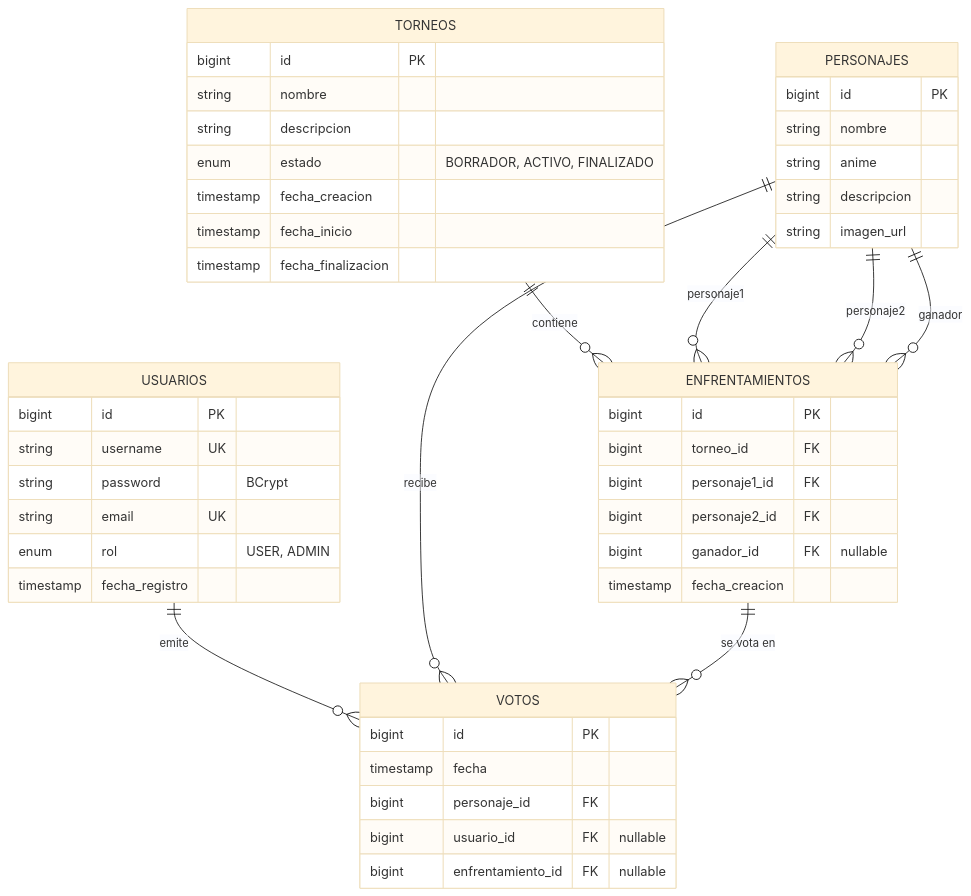
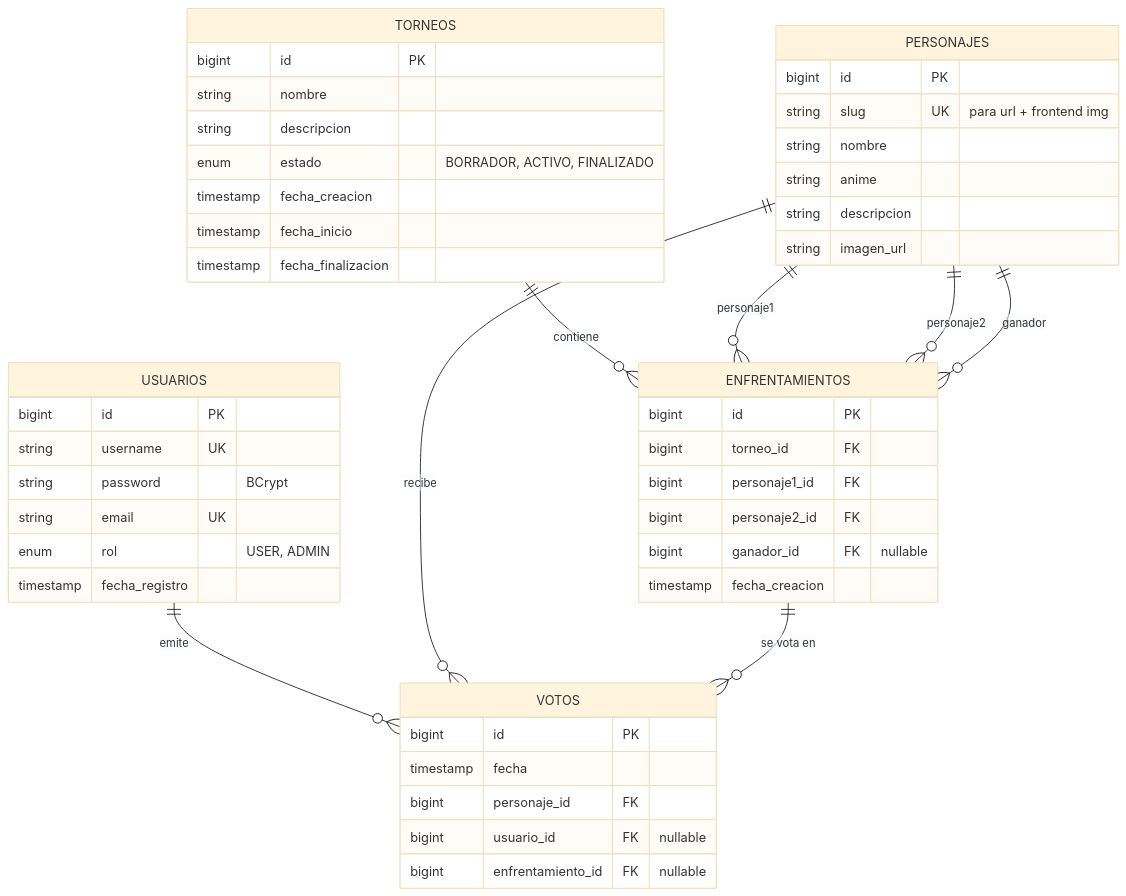
Before and after one commit to diegoalegil/AnimeShowdown: the diagram in README.md, drawn with Mermaid (base theme). The commit also changed other lines of this file, not shown here.

````diff
--- a/README.md
+++ b/README.md
@@ -104,50 +189,51 @@
 ```mermaid
 erDiagram
     USUARIOS ||--o{ VOTOS : "emite"
     PERSONAJES ||--o{ VOTOS : "recibe"
     ENFRENTAMIENTOS ||--o{ VOTOS : "se vota en"
     TORNEOS ||--o{ ENFRENTAMIENTOS : "contiene"
     PERSONAJES ||--o{ ENFRENTAMIENTOS : "personaje1"
     PERSONAJES ||--o{ ENFRENTAMIENTOS : "personaje2"
     PERSONAJES ||--o{ ENFRENTAMIENTOS : "ganador"
 
     USUARIOS {
         bigint id PK
         string username UK
         string password "BCrypt"
         string email UK
         enum rol "USER, ADMIN"
         timestamp fecha_registro
     }
     PERSONAJES {
         bigint id PK
+        string slug UK "para url + frontend img"
         string nombre
         string anime
         string descripcion
         string imagen_url
     }
     VOTOS {
         bigint id PK
         timestamp fecha
         bigint personaje_id FK
         bigint usuario_id FK "nullable"
         bigint enfrentamiento_id FK "nullable"
     }
     TORNEOS {
         bigint id PK
         string nombre
         string descripcion
         enum estado "BORRADOR, ACTIVO, FINALIZADO"
         timestamp fecha_creacion
         timestamp fecha_inicio
         timestamp fecha_finalizacion
     }
     ENFRENTAMIENTOS {
         bigint id PK
         bigint torneo_id FK
         bigint personaje1_id FK
         bigint personaje2_id FK
         bigint ganador_id FK "nullable"
         timestamp fecha_creacion
     }
 ```
````
